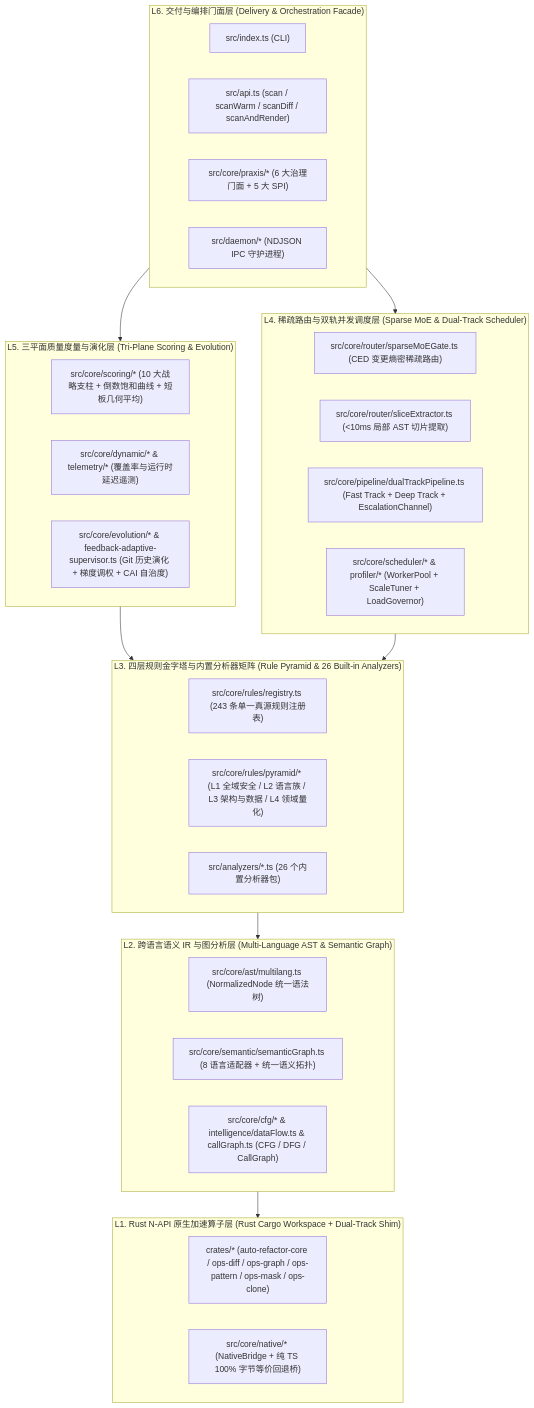
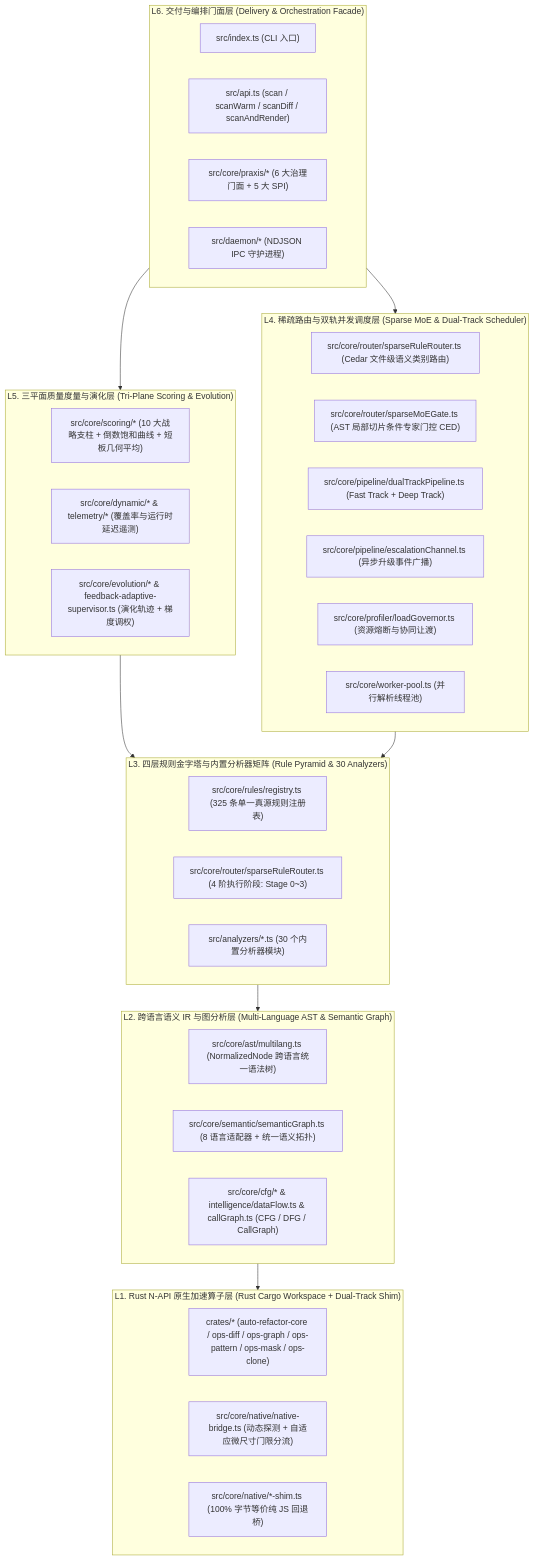
The first of 2 diagrams in auto-refactor/docs/01-architecture/01-system-overview.md (guilingzhouyi-creator/vscode-extensions), drawn with Mermaid before and after one commit. The commit also changed other lines of this file and 28 other files, not shown here.

First line of the commit message:
docs(architecture): 全量对齐系统架构与规则体系技术文档

````diff
--- a/auto-refactor/docs/01-architecture/01-system-overview.md
+++ b/auto-refactor/docs/01-architecture/01-system-overview.md
@@ -12,46 +12,49 @@
 ```mermaid
 flowchart TD
-    subgraph L6["L6. 交付与编排门面层 (Delivery & Orchestration Facade)"]
-        CLI["src/index.ts (CLI)"]
-        API["src/api.ts (scan / scanWarm / scanDiff / scanAndRender)"]
-        PRAXIS["src/core/praxis/* (6 大治理门面 + 5 大 SPI)"]
-        DAEMON["src/daemon/* (NDJSON IPC 守护进程)"]
-    end
+  subgraph L6["L6. 交付与编排门面层 (Delivery & Orchestration Facade)"]
+    CLI["src/index.ts (CLI 入口)"]
+    API["src/api.ts (scan / scanWarm / scanDiff / scanAndRender)"]
+    PRAXIS["src/core/praxis/* (6 大治理门面 + 5 大 SPI)"]
+    DAEMON["src/daemon/* (NDJSON IPC 守护进程)"]
+  end
 
-    subgraph L5["L5. 三平面质量度量与演化层 (Tri-Plane Scoring & Evolution)"]
-        STATIC["src/core/scoring/* (10 大战略支柱 + 倒数饱和曲线 + 短板几何平均)"]
-        DYNAMIC["src/core/dynamic/* & telemetry/* (覆盖率与运行时延迟遥测)"]
-        EVOL["src/core/evolution/* & feedback-adaptive-supervisor.ts (Git 历史演化 + 梯度调权 + CAI 自治度)"]
-    end
+  subgraph L5["L5. 三平面质量度量与演化层 (Tri-Plane Scoring & Evolution)"]
+    STATIC["src/core/scoring/* (10 大战略支柱 + 倒数饱和曲线 + 短板几何平均)"]
+    DYNAMIC["src/core/dynamic/* & telemetry/* (覆盖率与运行时延迟遥测)"]
+    EVOL["src/core/evolution/* & feedback-adaptive-supervisor.ts (演化轨迹 + 梯度调权)"]
+  end
 
-    subgraph L4["L4. 稀疏路由与双轨并发调度层 (Sparse MoE & Dual-Track Scheduler)"]
-        MOE["src/core/router/sparseMoEGate.ts (CED 变更熵密稀疏路由)"]
-        SLICE["src/core/router/sliceExtractor.ts (<10ms 局部 AST 切片提取)"]
-        DUAL["src/core/pipeline/dualTrackPipeline.ts (Fast Track + Deep Track + EscalationChannel)"]
-        SCHED["src/core/scheduler/* & profiler/* (WorkerPool + ScaleTuner + LoadGovernor)"]
-    end
+  subgraph L4["L4. 稀疏路由与双轨并发调度层 (Sparse MoE & Dual-Track Scheduler)"]
+    ROUTER["src/core/router/sparseRuleRouter.ts (Cedar 文件级语义类别路由)"]
+    MOE["src/core/router/sparseMoEGate.ts (AST 局部切片条件专家门控 CED)"]
+    DUAL["src/core/pipeline/dualTrackPipeline.ts (Fast Track + Deep Track)"]
+    ESCALATE["src/core/pipeline/escalationChannel.ts (异步升级事件广播)"]
+    GOVERNOR["src/core/profiler/loadGovernor.ts (资源熔断与协同让渡)"]
+    POOL["src/core/worker-pool.ts (并行解析线程池)"]
+  end
 
-    subgraph L3["L3. 四层规则金字塔与内置分析器矩阵 (Rule Pyramid & 26 Built-in Analyzers)"]
-        REG["src/core/rules/registry.ts (243 条单一真源规则注册表)"]
-        PYR["src/core/rules/pyramid/* (L1 全域安全 / L2 语言族 / L3 架构与数据 / L4 领域量化)"]
-        ANA["src/analyzers/*.ts (26 个内置分析器包)"]
-    end
+  subgraph L3["L3. 四层规则金字塔与内置分析器矩阵 (Rule Pyramid & 30 Analyzers)"]
+    REG["src/core/rules/registry.ts (325 条单一真源规则注册表)"]
+    STAGES["src/core/router/sparseRuleRouter.ts (4 阶执行阶段: Stage 0~3)"]
+    ANALYZERS["src/analyzers/*.ts (30 个内置分析器模块)"]
+  end
 
-    subgraph L2["L2. 跨语言语义 IR 与图分析层 (Multi-Language AST & Semantic Graph)"]
-        NODE["src/core/ast/multilang.ts (NormalizedNode 统一语法树)"]
-        SEM["src/core/semantic/semanticGraph.ts (8 语言适配器 + 统一语义拓扑)"]
-        FLOW["src/core/cfg/* & intelligence/dataFlow.ts & callGraph.ts (CFG / DFG / CallGraph)"]
-    end
+  subgraph L2["L2. 跨语言语义 IR 与图分析层 (Multi-Language AST & Semantic Graph)"]
+    AST["src/core/ast/multilang.ts (NormalizedNode 跨语言统一语法树)"]
+    GRAPH["src/core/semantic/semanticGraph.ts (8 语言适配器 + 统一语义拓扑)"]
+    FLOW["src/core/cfg/* & intelligence/dataFlow.ts & callGraph.ts (CFG / DFG / CallGraph)"]
+  end
 
-    subgraph L1["L1. Rust N-API 原生加速算子层 (Rust Cargo Workspace + Dual-Track Shim)"]
-        CRATES["crates/* (auto-refactor-core / ops-diff / ops-graph / ops-pattern / ops-mask / ops-clone)"]
-        SHIM["src/core/native/* (NativeBridge + 纯 TS 100% 字节等价回退桥)"]
-    end
+  subgraph L1["L1. Rust N-API 原生加速算子层 (Rust Cargo Workspace + Dual-Track Shim)"]
+    CRATES["crates/* (auto-refactor-core / ops-diff / ops-graph / ops-pattern / ops-mask / ops-clone)"]
+    BRIDGE["src/core/native/native-bridge.ts (动态探测 + 自适应微尺寸门限分流)"]
+    SHIM["src/core/native/*-shim.ts (100% 字节等价纯 JS 回退桥)"]
+  end
 
-    L6 --> L5
-    L6 --> L4
-    L5 --> L3
-    L4 --> L3
-    L3 --> L2
-    L2 --> L1
+  L6 --> L5
+  L6 --> L4
+  L5 --> L3
+  L4 --> L3
+  L3 --> L2
+  L2 --> L1
 ```
````
